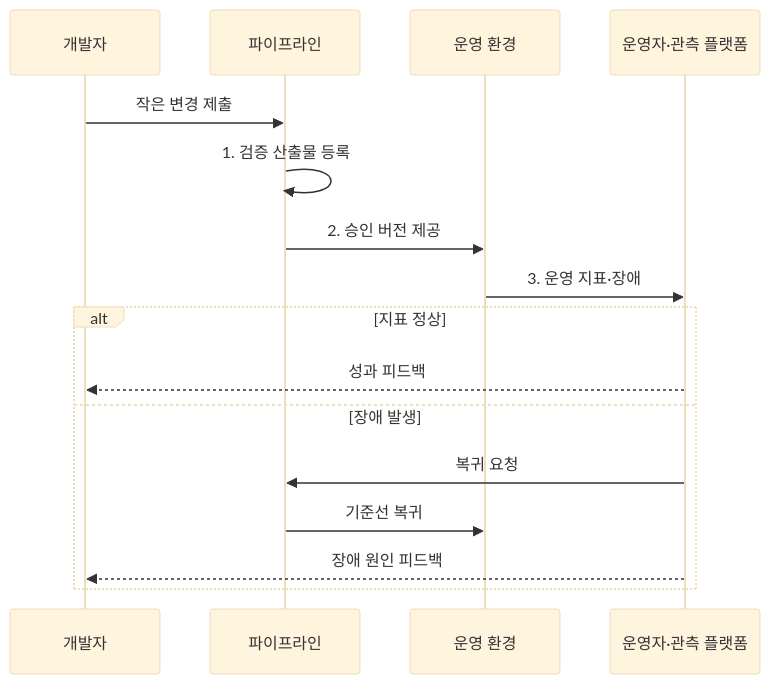
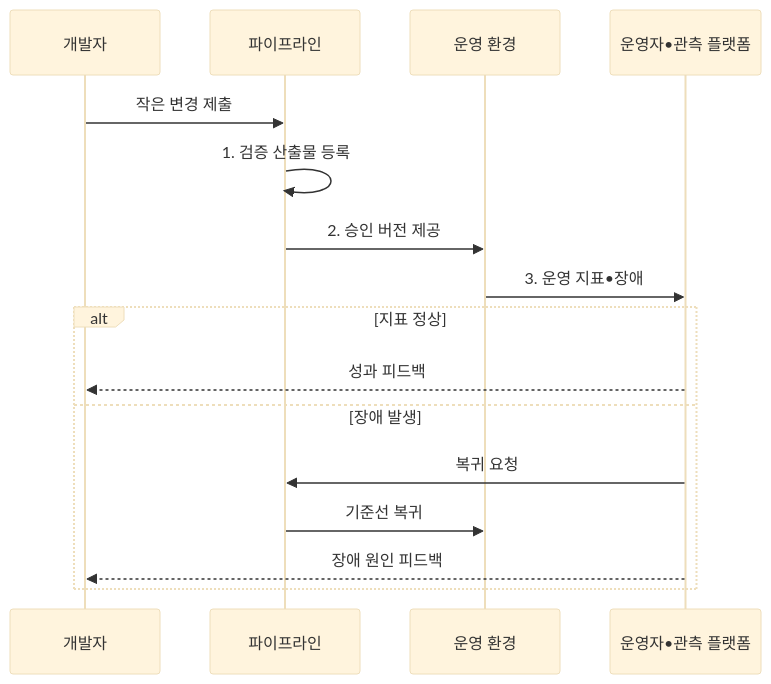
The second of 2 diagrams in src/content/docs/notes/03-software/056_devops_pipeline.md (agnusdei1207/knowledge-base), drawn with Mermaid (base theme) before and after one commit. The commit also changed other lines of this file and 953 other files, not shown here.

````diff
--- a/src/content/docs/notes/03-software/056_devops_pipeline.md
+++ b/src/content/docs/notes/03-software/056_devops_pipeline.md
@@ -103,18 +103,18 @@
 ```mermaid
 sequenceDiagram
     participant D as 개발자
     participant P as 파이프라인
     participant E as 운영 환경
-    participant O as 운영자·관측 플랫폼
+    participant O as 운영자•관측 플랫폼
     D->>P: 작은 변경 제출
     P->>P: 1. 검증 산출물 등록
     P->>E: 2. 승인 버전 제공
-    E->>O: 3. 운영 지표·장애
+    E->>O: 3. 운영 지표•장애
     alt 지표 정상
         O-->>D: 성과 피드백
     else 장애 발생
         O->>P: 복귀 요청
         P->>E: 기준선 복귀
         O-->>D: 장애 원인 피드백
     end
 ```
````
